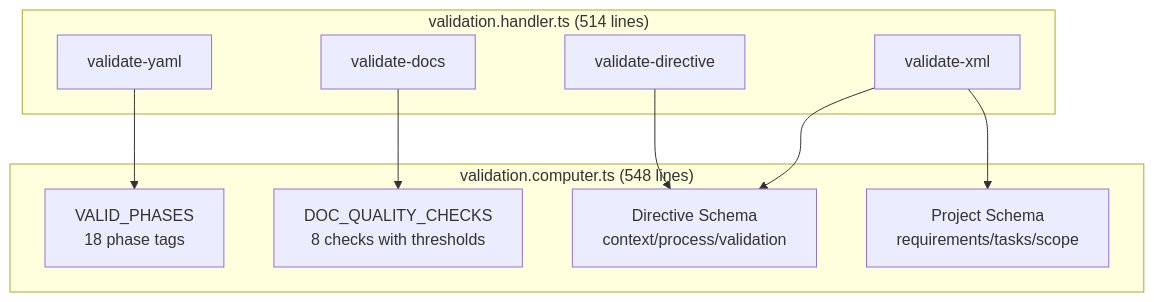
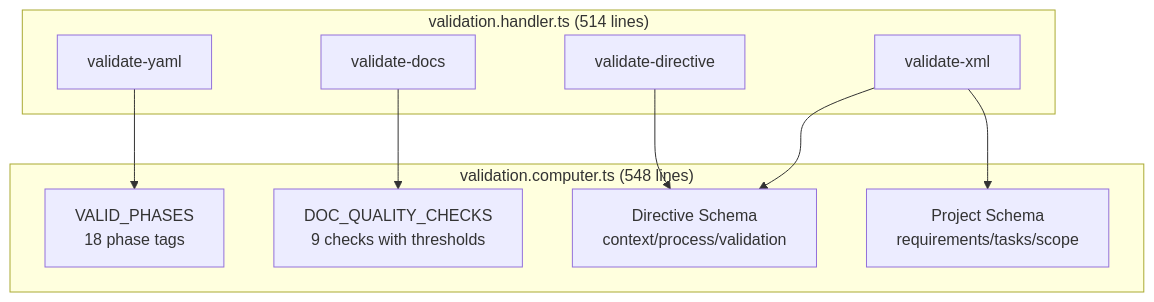
The first of 2 diagrams in .festinalente/engineering/systems/validation/_index.md (mattfletcher94/festinalente), drawn with Mermaid before and after one commit. The commit also changed other lines of this file and 30 other files, not shown here.

````diff
--- a/.festinalente/engineering/systems/validation/_index.md
+++ b/.festinalente/engineering/systems/validation/_index.md
@@ -49,22 +50,22 @@
 ```mermaid
 flowchart TB
     subgraph ValidationComputer["validation.computer.ts (548 lines)"]
         PHASES["VALID_PHASES<br/>18 phase tags"]
-        QUALITY["DOC_QUALITY_CHECKS<br/>8 checks with thresholds"]
+        QUALITY["DOC_QUALITY_CHECKS<br/>9 checks with thresholds"]
         DSCHEMA["Directive Schema<br/>context/process/validation"]
         PSCHEMA["Project Schema<br/>requirements/tasks/scope"]
     end
 
     subgraph ValidationHandler["validation.handler.ts (514 lines)"]
         VXML["validate-xml"]
         VYAML["validate-yaml"]
         VDIR["validate-directive"]
         VDOCS["validate-docs"]
     end
 
     VXML --> DSCHEMA
     VXML --> PSCHEMA
     VDIR --> DSCHEMA
     VDOCS --> QUALITY
     VYAML --> PHASES
 ```
````
